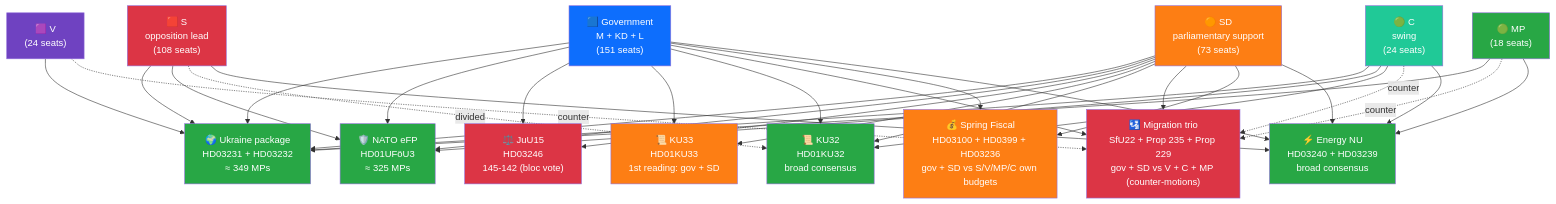
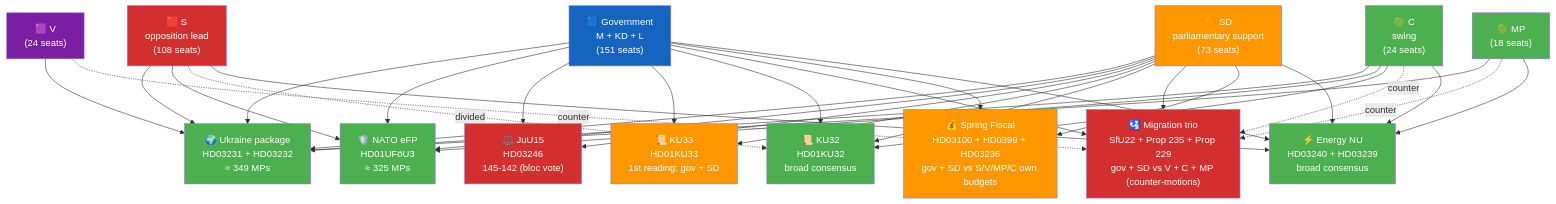
The diagram in analysis/daily/2026-04-18/weekly-review/swot-analysis.md (Hack23/riksdagsmonitor), drawn with Mermaid before and after one commit. The commit also changed 785 other files, not shown here.

First line of the commit message:
Normalize mermaid colors across 786 analysis artifacts to ISMS Style Guide palette

````diff
--- a/analysis/daily/2026-04-18/weekly-review/swot-analysis.md
+++ b/analysis/daily/2026-04-18/weekly-review/swot-analysis.md
@@ -146,71 +146,71 @@
 ```mermaid
 graph TD
     GOV["🟦 Government<br/>M + KD + L<br/>(151 seats)"]
     SD["🟠 SD<br/>parliamentary support<br/>(73 seats)"]
     S["🟥 S<br/>opposition lead<br/>(108 seats)"]
     V["🟪 V<br/>(24 seats)"]
     MP["🟢 MP<br/>(18 seats)"]
     C["🟢 C<br/>swing<br/>(24 seats)"]
 
     UKRAINE["🌍 Ukraine package<br/>HD03231 + HD03232<br/>≈ 349 MPs"]
     NATO_eFP["🛡️ NATO eFP<br/>HD01UFöU3<br/>≈ 325 MPs"]
     JUU15["⚖️ JuU15<br/>HD03246<br/>145-142 (bloc vote)"]
     KU33["📜 KU33<br/>HD01KU33<br/>1st reading: gov + SD"]
     KU32["📜 KU32<br/>HD01KU32<br/>broad consensus"]
     MIGR["🛂 Migration trio<br/>SfU22 + Prop 235 + Prop 229<br/>gov + SD vs V + C + MP (counter-motions)"]
     BUDGET["💰 Spring Fiscal<br/>HD03100 + HD0399 + HD03236<br/>gov + SD vs S/V/MP/C own budgets"]
     ENERGY["⚡ Energy NU<br/>HD03240 + HD03239<br/>broad consensus"]
 
     GOV --> UKRAINE
     SD --> UKRAINE
     S --> UKRAINE
     V --> UKRAINE
     MP --> UKRAINE
     C --> UKRAINE
 
     GOV --> NATO_eFP
     SD --> NATO_eFP
     S --> NATO_eFP
     C --> NATO_eFP
 
     GOV --> JUU15
     SD --> JUU15
 
     GOV --> KU33
     SD --> KU33
 
     GOV --> KU32
     SD --> KU32
     S -.divided.-> KU32
     C --> KU32
 
     GOV --> MIGR
     SD --> MIGR
     V -.counter.-> MIGR
     C -.counter.-> MIGR
     MP -.counter.-> MIGR
 
     GOV --> BUDGET
     SD --> BUDGET
 
     GOV --> ENERGY
     SD --> ENERGY
     S --> ENERGY
     MP --> ENERGY
     C --> ENERGY
 
-    style GOV fill:#0d6efd,color:#fff
-    style SD fill:#fd7e14,color:#fff
-    style S fill:#dc3545,color:#fff
-    style V fill:#6f42c1,color:#fff
-    style MP fill:#28a745,color:#fff
-    style C fill:#20c997,color:#fff
-    style UKRAINE fill:#28a745,color:#fff
-    style NATO_eFP fill:#28a745,color:#fff
-    style JUU15 fill:#dc3545,color:#fff
-    style KU33 fill:#fd7e14,color:#fff
-    style KU32 fill:#28a745,color:#fff
-    style MIGR fill:#dc3545,color:#fff
-    style BUDGET fill:#fd7e14,color:#fff
-    style ENERGY fill:#28a745,color:#fff
+    style GOV fill:#1565C0,color:#FFFFFF
+    style SD fill:#FF9800,color:#FFFFFF
+    style S fill:#D32F2F,color:#FFFFFF
+    style V fill:#7B1FA2,color:#FFFFFF
+    style MP fill:#4CAF50,color:#FFFFFF
+    style C fill:#4CAF50,color:#FFFFFF
+    style UKRAINE fill:#4CAF50,color:#FFFFFF
+    style NATO_eFP fill:#4CAF50,color:#FFFFFF
+    style JUU15 fill:#D32F2F,color:#FFFFFF
+    style KU33 fill:#FF9800,color:#FFFFFF
+    style KU32 fill:#4CAF50,color:#FFFFFF
+    style MIGR fill:#D32F2F,color:#FFFFFF
+    style BUDGET fill:#FF9800,color:#FFFFFF
+    style ENERGY fill:#4CAF50,color:#FFFFFF
 ```
````
